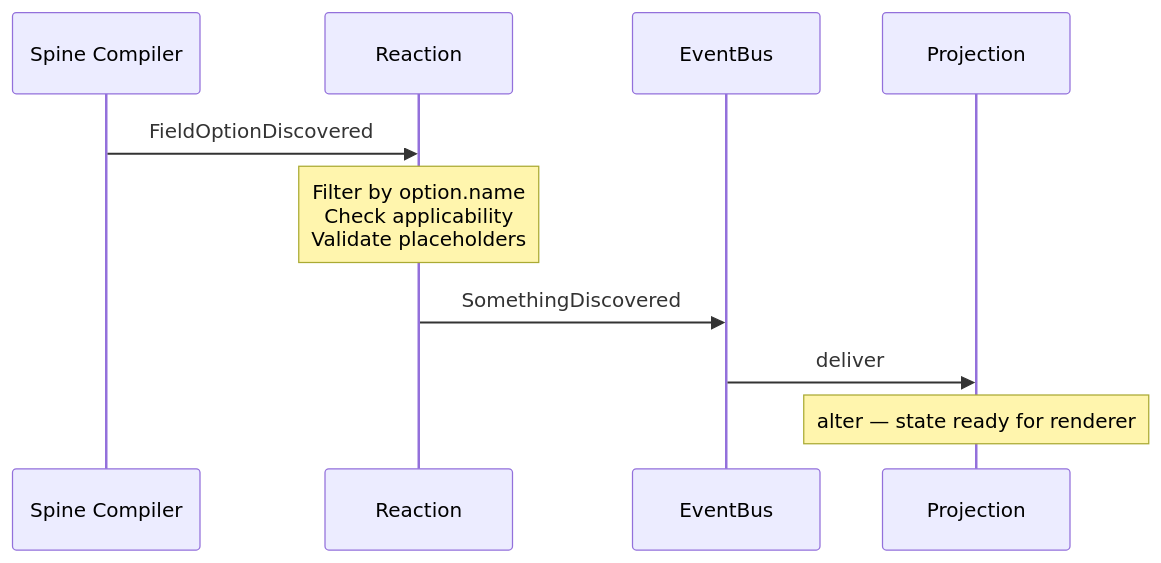
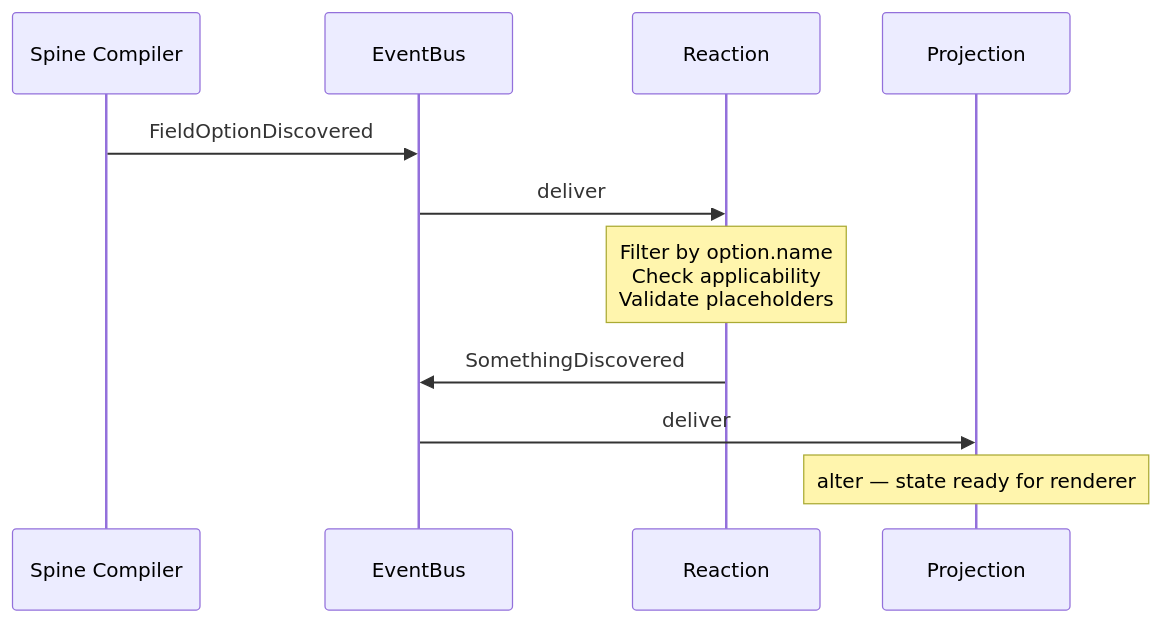
Before and after one commit to SpineEventEngine/validation: the diagram in docs/content/docs/validation/06-developers-guide/validation-model.md, drawn with Mermaid.

Commit message:
Fix the delivery path in Mermaid diagram

````diff
--- a/docs/content/docs/validation/06-developers-guide/validation-model.md
+++ b/docs/content/docs/validation/06-developers-guide/validation-model.md
@@ -50,13 +50,14 @@
 ```mermaid
 sequenceDiagram
     participant Compiler as Spine Compiler
+    participant Bus as EventBus
     participant Reaction
-    participant Bus as EventBus
     participant View as Projection
 
-    Compiler->>Reaction: FieldOptionDiscovered
+    Compiler->>Bus: FieldOptionDiscovered
+    Bus->>Reaction: deliver
     Note over Reaction: Filter by option.name<br>Check applicability<br>Validate placeholders
     Reaction->>Bus: SomethingDiscovered
     Bus->>View: deliver
     Note over View: alter — state ready for renderer
 ```
````
